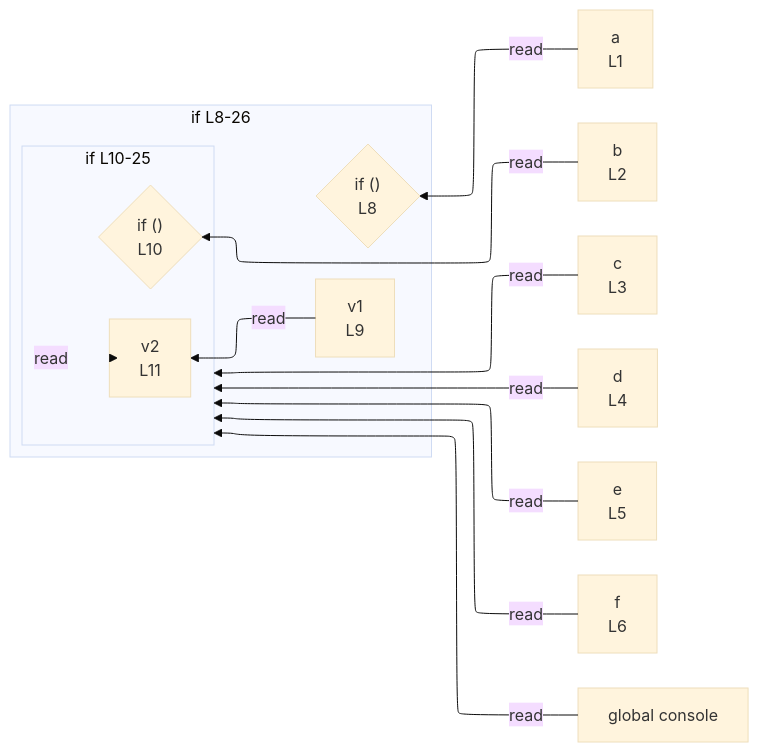
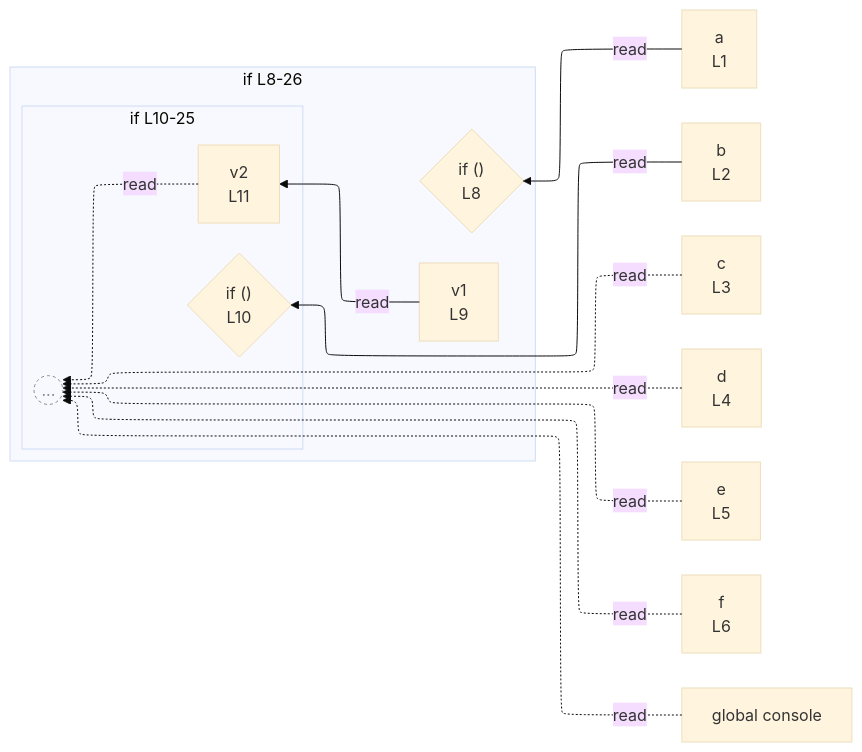
One commit to crescware/unsnarl changed the diagram in integration/fixtures/app-behavior/depth/if/depth-2/preview.md. Above: the diagram before and after it, drawn with Mermaid (base theme). The commit also changed 72 other files, not shown here.

First line of the commit message:
Render anonymous collapsed scopes as a BeyondDepth `((...))` stub

````diff
--- a/integration/fixtures/app-behavior/depth/if/depth-2/preview.md
+++ b/integration/fixtures/app-behavior/depth/if/depth-2/preview.md
@@ -36,30 +36,33 @@
 ```mermaid
 %%{init: {"flowchart": {"defaultRenderer": "elk"}}}%%
 flowchart RL
   n_scope_0_a_6["a<br/>L1"]
   n_scope_0_b_22["b<br/>L2"]
   n_scope_0_c_38["c<br/>L3"]
   n_scope_0_d_54["d<br/>L4"]
   n_scope_0_e_70["e<br/>L5"]
   n_scope_0_f_86["f<br/>L6"]
   n_scope_0_console_324["global console"]
   subgraph s_scope_1["if L8-26"]
     direction RL
     if_test_scope_0_97{"if ()<br/>L8"}
     n_scope_1_v1_114["v1<br/>L9"]
     subgraph s_scope_2["if L10-25"]
       direction RL
       if_test_scope_1_124{"if ()<br/>L10"}
       n_scope_2_v2_143["v2<br/>L11"]
+      beyond_depth_s_scope_2((...))
     end
   end
   n_scope_0_a_6 -->|read| if_test_scope_0_97
   n_scope_0_b_22 -->|read| if_test_scope_1_124
   n_scope_1_v1_114 -->|read| n_scope_2_v2_143
-  n_scope_0_c_38 -->|read| s_scope_2
-  n_scope_2_v2_143 -->|read| s_scope_2
-  n_scope_0_d_54 -->|read| s_scope_2
-  n_scope_0_e_70 -->|read| s_scope_2
-  n_scope_0_f_86 -->|read| s_scope_2
-  n_scope_0_console_324 -->|read| s_scope_2
+  n_scope_0_c_38 -.->|read| beyond_depth_s_scope_2
+  n_scope_2_v2_143 -.->|read| beyond_depth_s_scope_2
+  n_scope_0_d_54 -.->|read| beyond_depth_s_scope_2
+  n_scope_0_e_70 -.->|read| beyond_depth_s_scope_2
+  n_scope_0_f_86 -.->|read| beyond_depth_s_scope_2
+  n_scope_0_console_324 -.->|read| beyond_depth_s_scope_2
+  classDef boundaryStub fill:transparent,stroke:#888,stroke-dasharray:3 3,color:#888;
+  class beyond_depth_s_scope_2 boundaryStub;
 ```
````
